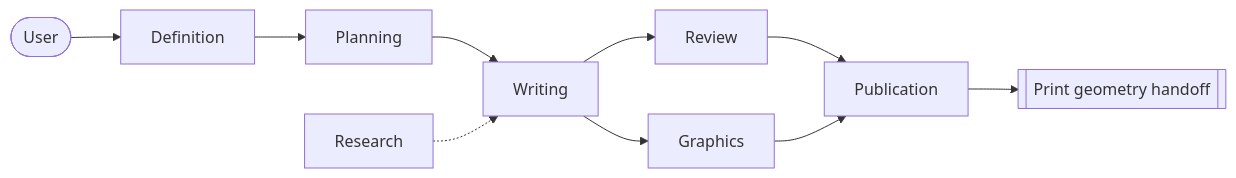
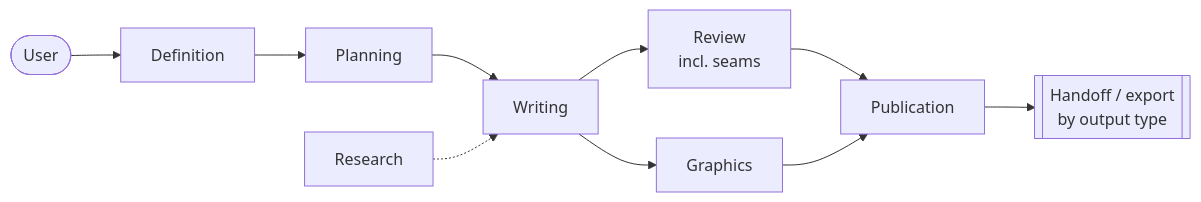
One commit to danielrosehill/Agentic-Long-Form-Content changed the diagram in README.md. Above: the diagram before and after it, drawn with Mermaid. The commit also changed other lines of this file and 6 other files, not shown here.

````diff
--- a/README.md
+++ b/README.md
@@ -37,12 +54,12 @@
 ```mermaid
 flowchart LR
     U([User]) --> D[Definition]
     D --> P[Planning]
     P --> W[Writing]
     R[Research] -.-> W
-    W --> RV[Review]
+    W --> RV[Review<br/>incl. seams]
     W --> G[Graphics]
     RV --> PB[Publication]
     G --> PB
-    PB --> H[[Print geometry handoff]]
+    PB --> H[[Handoff / export<br/>by output type]]
 ```
````
